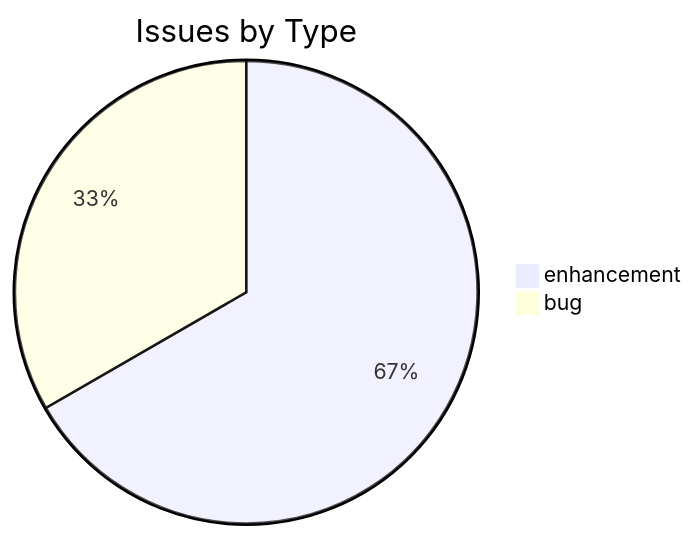
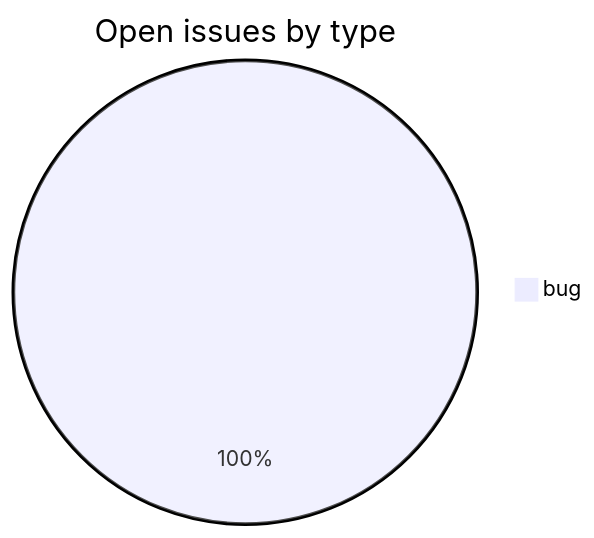
Before and after one commit to sanskrit-lexicon/rvlinks: the first of 2 diagrams in README.md, drawn with Mermaid. The commit also changed other lines of this file, not shown here.

````diff
--- a/README.md
+++ b/README.md
@@ -17,5 +28,4 @@
 ```mermaid
-pie title Issues by Type
-    "enhancement" : 2
+pie title Open issues by type
     "bug" : 1
 ```
````
